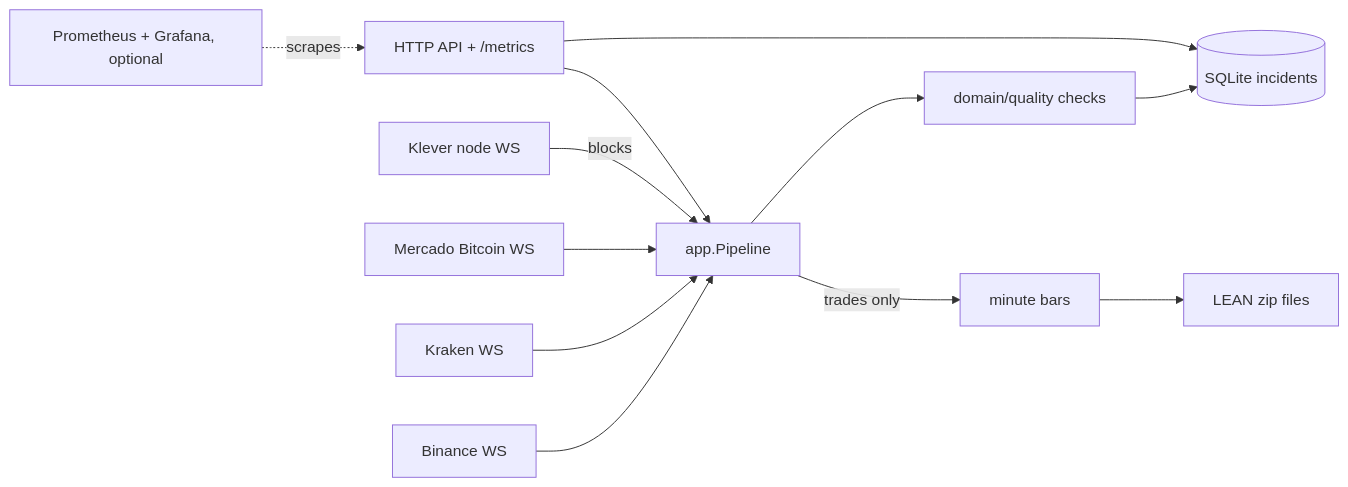
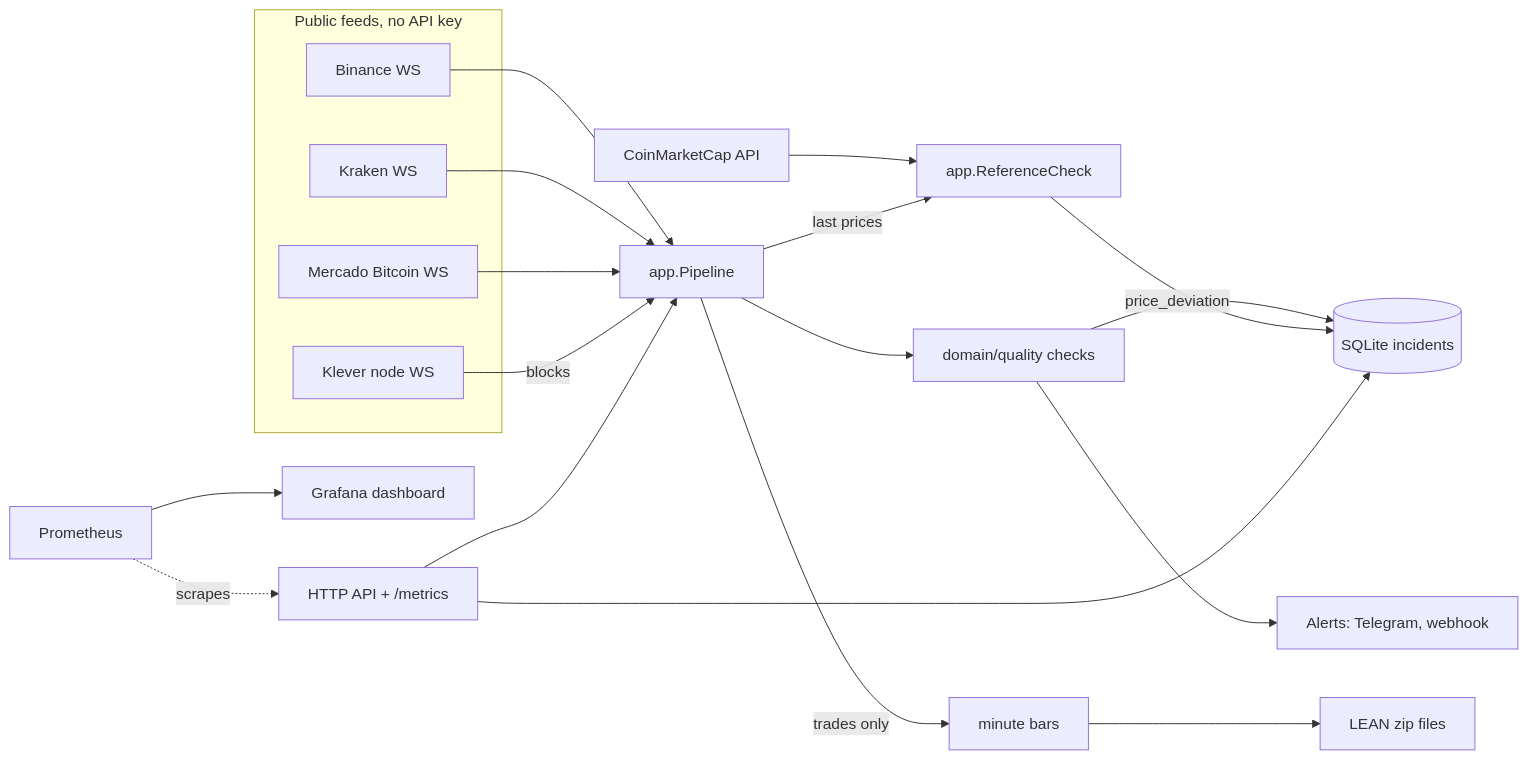
Before and after one commit to Amadeus-22/tekel: the diagram in README.md, drawn with Mermaid. The commit also changed other lines of this file, not shown here.

Commit message:
docs(readme): live dashboard link; architecture moved up and updated (#32)
The diagram now shows the CoinMarketCap reference check, alerts and
Grafana, and the section sits right after Why instead of near the end.

````diff
--- a/README.md
+++ b/README.md
@@ -171,14 +29,22 @@
 ```mermaid
 flowchart LR
-  B[Binance WS] --> P[app.Pipeline]
-  K[Kraken WS] --> P
-  MB[Mercado Bitcoin WS] --> P
-  KN[Klever node WS] -- blocks --> P
+  subgraph sources [Public feeds, no API key]
+    B[Binance WS]
+    K[Kraken WS]
+    MB[Mercado Bitcoin WS]
+    KN[Klever node WS]
+  end
+  B & K & MB --> P[app.Pipeline]
+  KN -- blocks --> P
   P --> V[domain/quality checks]
   V --> I[(SQLite incidents)]
-  P -- trades only --> A[minute bars]
-  A --> L[LEAN zip files]
+  V --> N[Alerts: Telegram, webhook]
+  P -- trades only --> A[minute bars] --> L[LEAN zip files]
+  CMC[CoinMarketCap API] --> R[app.ReferenceCheck]
+  P -- last prices --> R
+  R -- price_deviation --> I
   H[HTTP API + /metrics] --> I
   H --> P
-  M[Prometheus + Grafana, optional] -. scrapes .-> H
+  M[Prometheus] -. scrapes .-> H
+  M --> G[Grafana dashboard]
 ```
````
